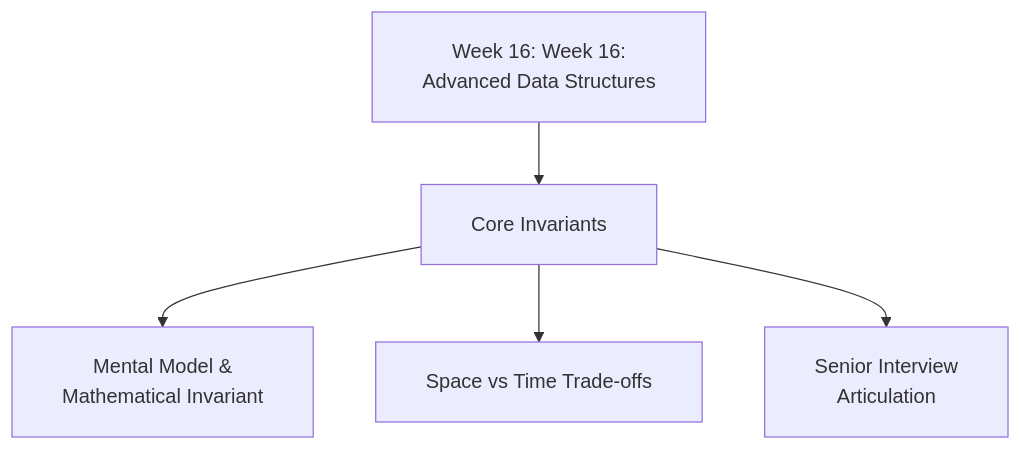
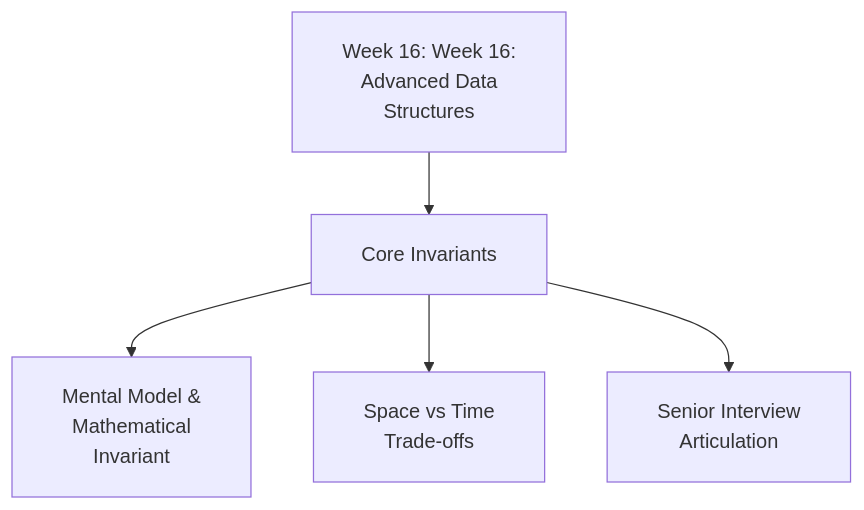
One commit to dip4k/DSA_102 changed the diagram in week_16_advanced_data_structures/WEEK_16_FULL_PLAYBOOK.md. Above: the diagram before and after it, drawn with Mermaid. The commit also changed 106 other files, not shown here.

First line of the commit message:
fix(mermaid): prevent text clipping with foreignObject overflow and tighter line wrapping

````diff
--- a/week_16_advanced_data_structures/WEEK_16_FULL_PLAYBOOK.md
+++ b/week_16_advanced_data_structures/WEEK_16_FULL_PLAYBOOK.md
@@ -13,8 +13,8 @@
 ```mermaid
-%%{init: {"flowchart": {"htmlLabels": true, "padding": 20}}}%%
+%%{init: {"flowchart": {"htmlLabels": true, "padding": 20}, "themeCSS": "foreignObject { overflow: visible !important; }"}}%%
 flowchart TD
-    W["Week 16: Week 16:<br/>Advanced Data Structures"] --> Core["Core Invariants"]
-    Core --> P1["Mental Model &<br/>Mathematical Invariant"]
-    Core --> P2["Space vs Time Trade-offs"]
+    W["Week 16: Week 16:<br/>Advanced Data<br/>Structures"] --> Core["Core Invariants"]
+    Core --> P1["Mental Model &<br/>Mathematical<br/>Invariant"]
+    Core --> P2["Space vs Time<br/>Trade-offs"]
     Core --> P3["Senior Interview<br/>Articulation"]
 ```
````
